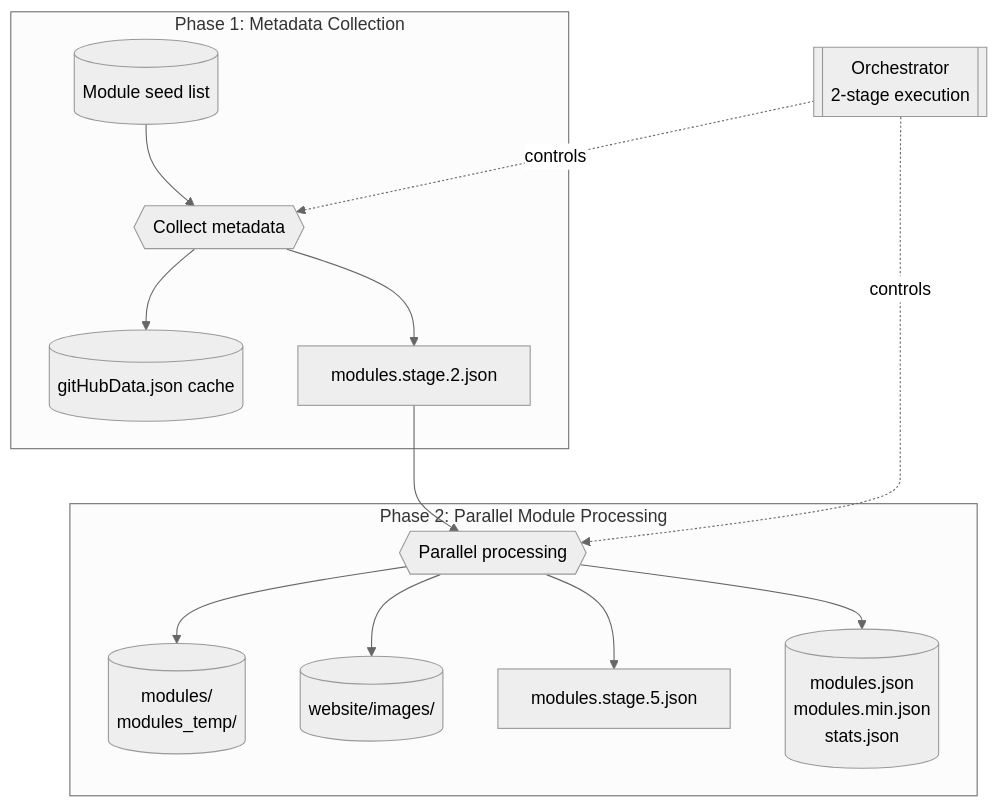
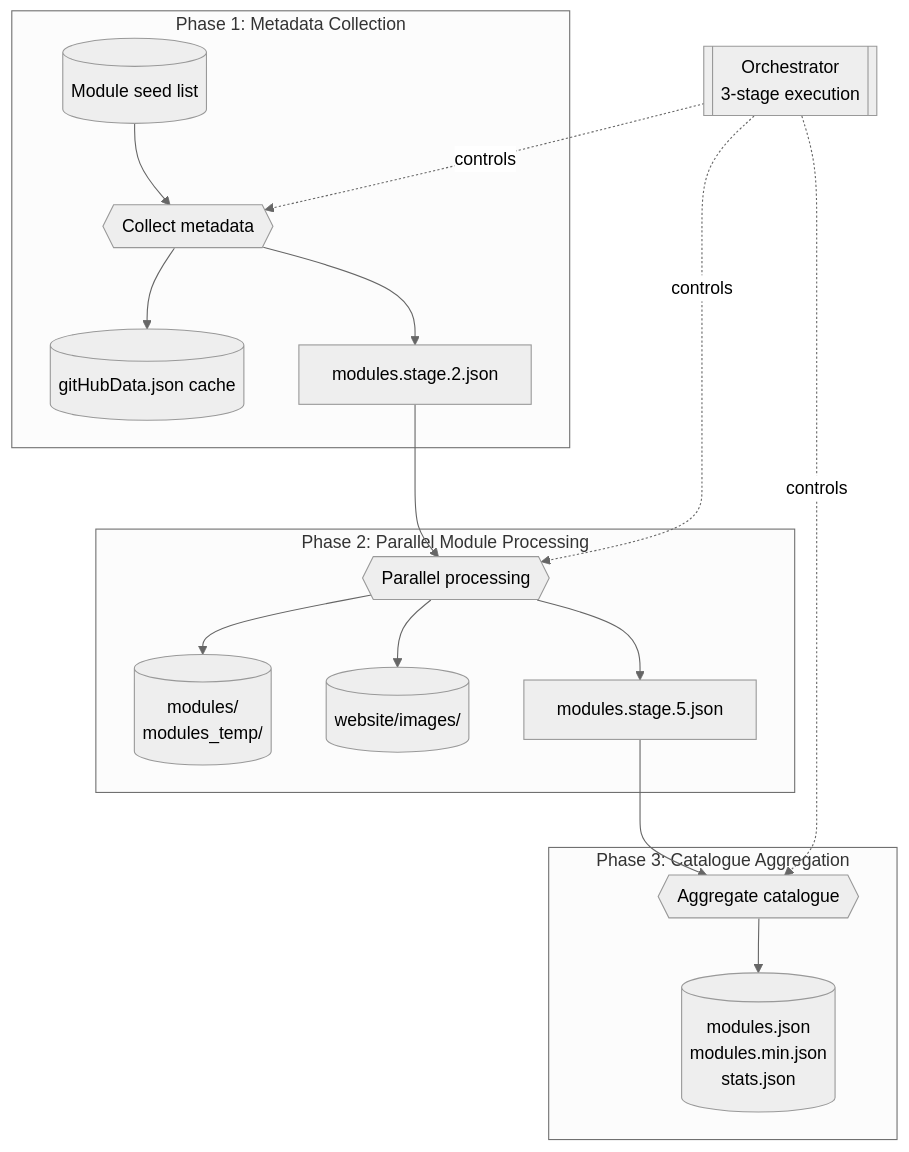
Before and after one commit to KristjanESPERANTO/MagicMirror-3rd-Party-Modules: the first of 5 diagrams in docs/architecture.md, drawn with Mermaid (neutral theme). The commit also changed other lines of this file and 10 other files, not shown here.

First line of the commit message:
feat(pipeline): split catalogue aggregation into dedicated stage

````diff
--- a/docs/architecture.md
+++ b/docs/architecture.md
@@ -18,21 +19,26 @@
 ```mermaid
 flowchart TB
-  orchestrator[[Orchestrator<br>2-stage execution]]
+  orchestrator[[Orchestrator<br>3-stage execution]]
 
   subgraph Phase 1: Metadata Collection
     seed[("Module seed list")] --> collect{{Collect metadata}}
     collect --> cache[("gitHubData.json cache")]
     collect --> stage2["modules.stage.2.json"]
   end
 
   subgraph Phase 2: Parallel Module Processing
     stage2 --> parallel{{Parallel processing}}
     parallel --> clones[("modules/<br>modules_temp/")]
     parallel --> images[("website/images/")]
     parallel --> stage5["modules.stage.5.json"]
-    parallel --> outputs[("modules.json<br>modules.min.json<br>stats.json")]
+  end
+
+  subgraph Phase 3: Catalogue Aggregation
+    stage5 --> aggregate{{Aggregate catalogue}}
+    aggregate --> outputs[("modules.json<br>modules.min.json<br>stats.json")]
   end
 
   orchestrator -.controls.-> collect
   orchestrator -.controls.-> parallel
+  orchestrator -.controls.-> aggregate
 ```
````
